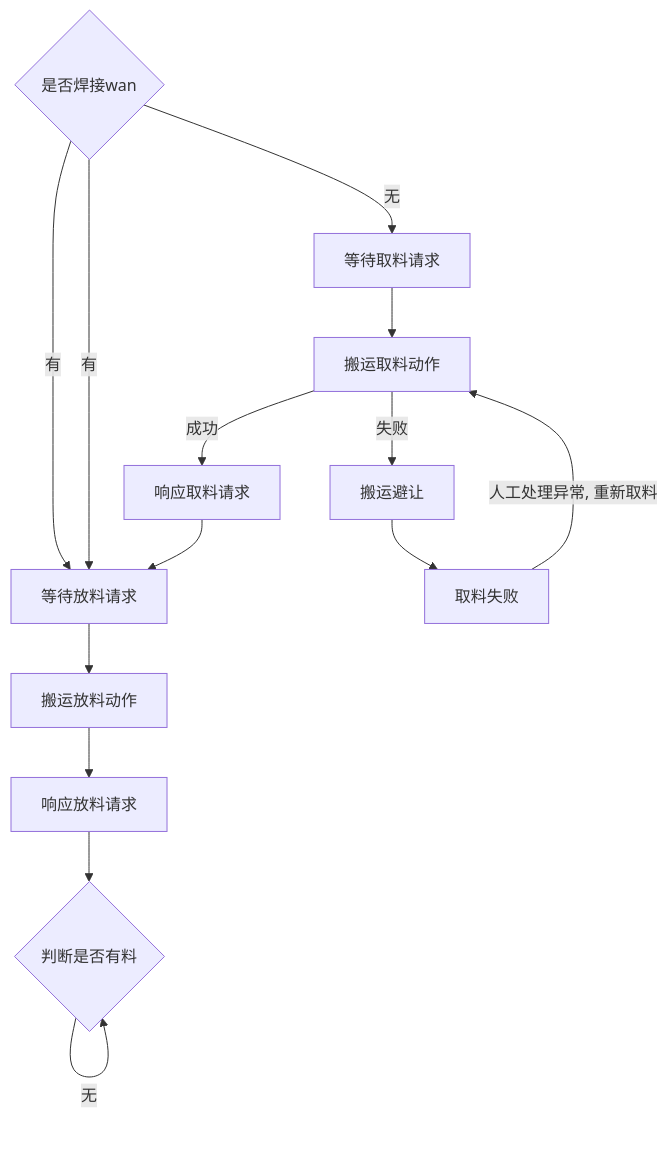
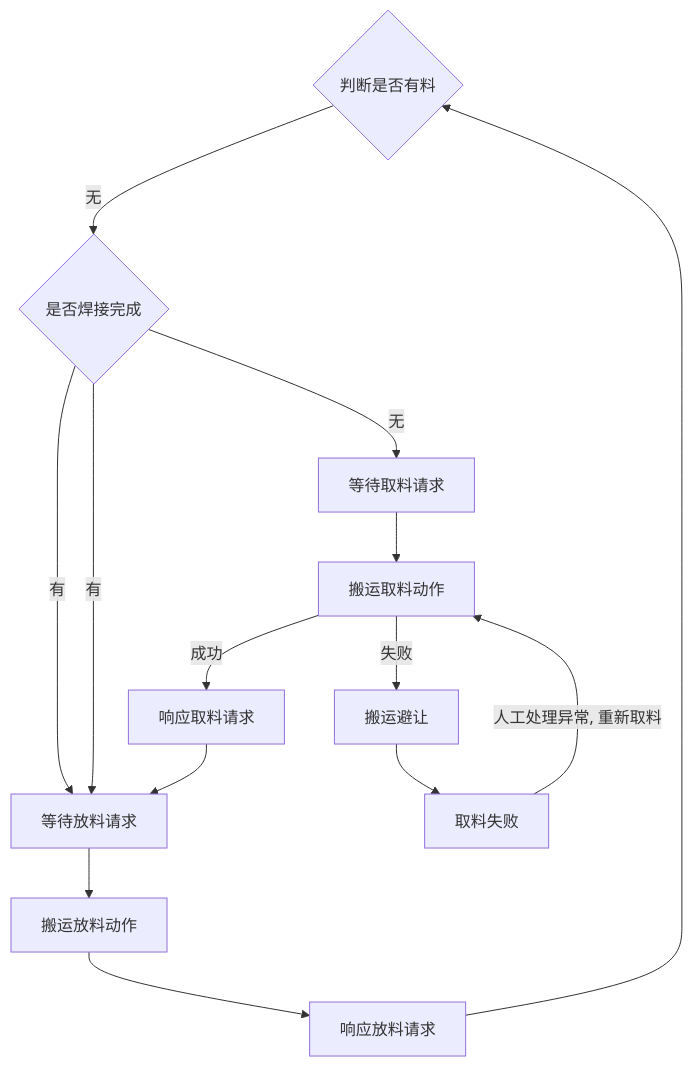
Before and after one commit to PengKun1/iodraw-files: the diagram in all/OP10 自动流程.md, drawn with Mermaid.

Commit message:
2024-08-02 10:55:03 update

````diff
--- a/all/OP10 自动流程.md
+++ b/all/OP10 自动流程.md
@@ -1,18 +1,18 @@
 ```mermaid
 graph TD
-10{判断是否有料}-->|无|10
+10{判断是否有料}-->|无|20
 20-->|有|60
-20{是否焊接wan}-->|无|30
+20{是否焊接完成}-->|无|30
 20-->|有|60
 30[等待取料请求]-->40
 40[搬运取料动作]-->|成功|50
 40-->|失败|90
 50[响应取料请求]-->60
 60[等待放料请求]-->70
 70[搬运放料动作]-->80
 80[响应放料请求]-->10
 
 90[搬运避让]-->900
 
 900[取料失败]-->|人工处理异常, 重新取料|40
 ```
````
